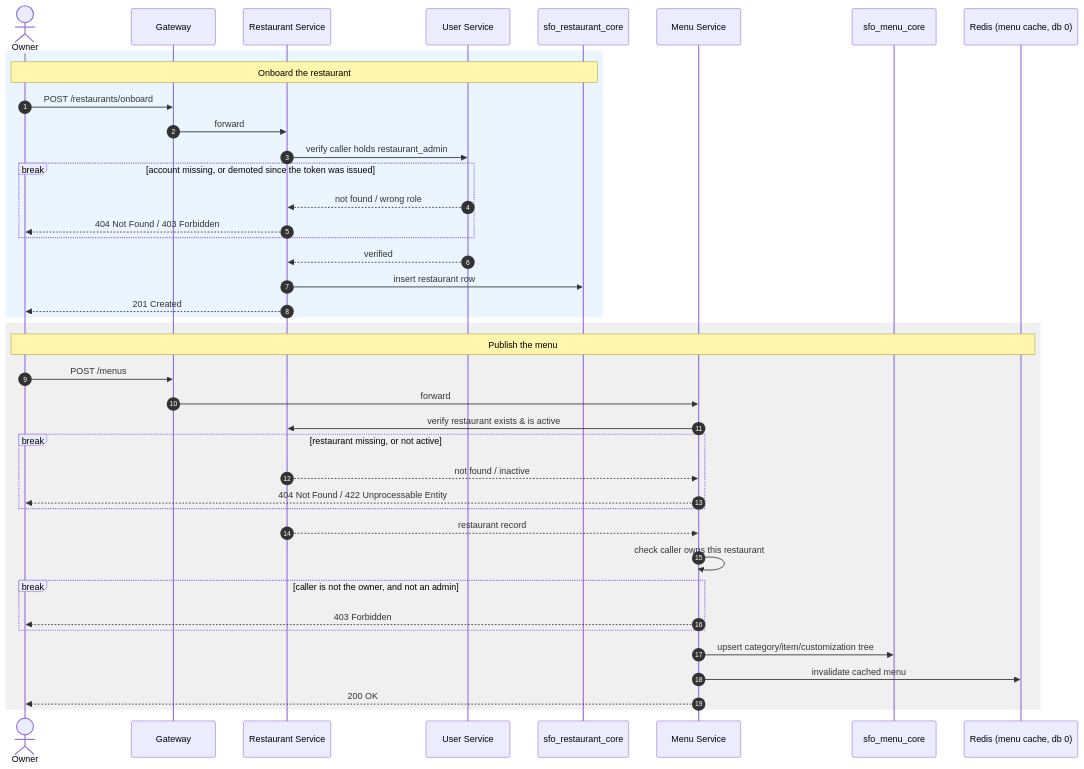
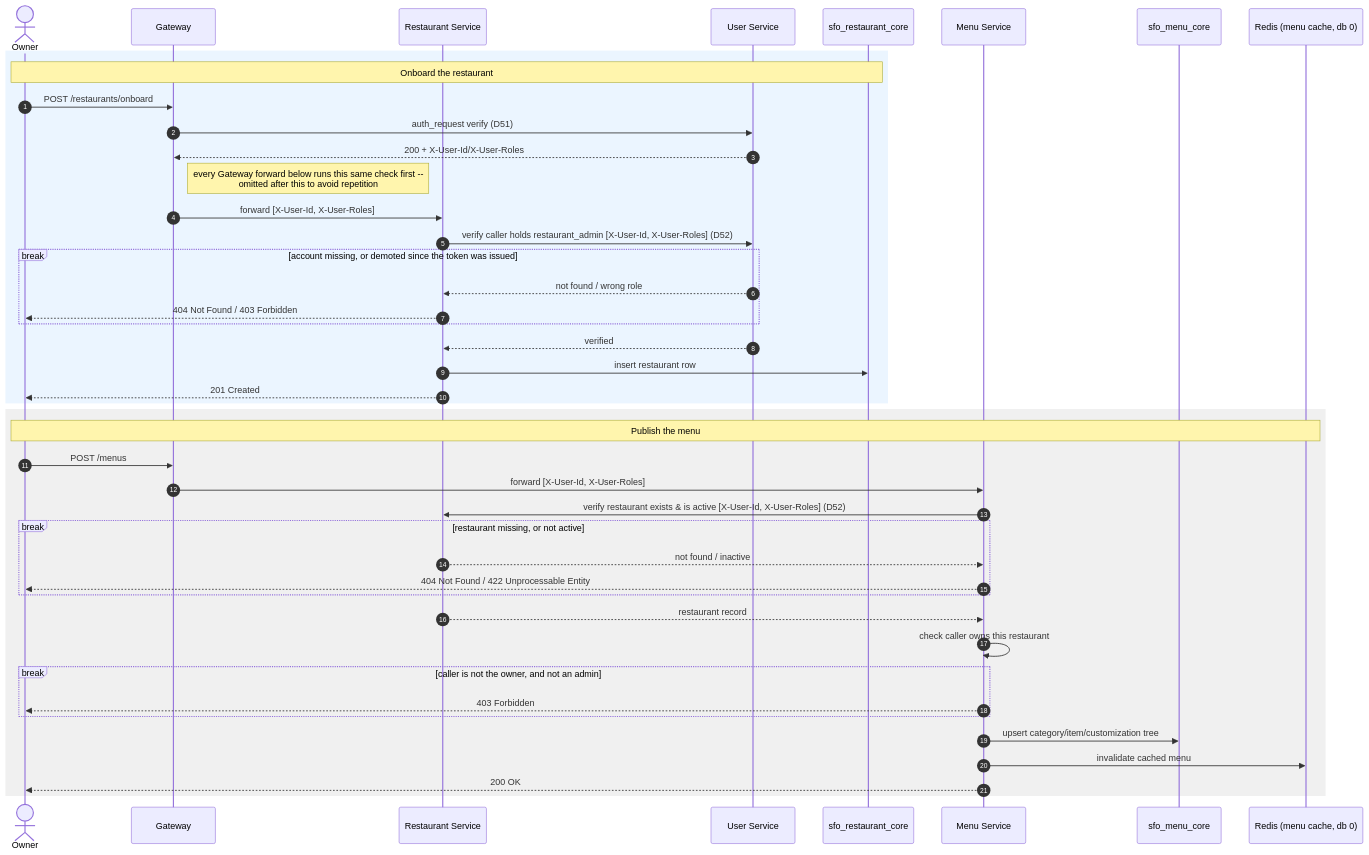
The diagram in readme/diagrams/restaurant_onboarding_sequence_diagram.md (saqib-emumba/smartfoodops-backend), drawn with Mermaid before and after one commit. The commit also changed other lines of this file and 27 other files, not shown here.

Commit message:
feat: auth on api-gateway level, no jwt auth on service, rbac per service level, update diagrams

````diff
--- a/readme/diagrams/restaurant_onboarding_sequence_diagram.md
+++ b/readme/diagrams/restaurant_onboarding_sequence_diagram.md
@@ -8,45 +13,48 @@
 ```mermaid
 sequenceDiagram
     autonumber
     actor Owner
     participant Gateway
     participant RestaurantSvc as Restaurant Service
     participant UserSvc as User Service
     participant RestaurantDB as sfo_restaurant_core
     participant MenuSvc as Menu Service
     participant MenuDB as sfo_menu_core
     participant Redis as Redis (menu cache, db 0)
 
     rect rgb(235, 245, 255)
         Note over Owner, RestaurantDB: Onboard the restaurant
         Owner->>Gateway: POST /restaurants/onboard
-        Gateway->>RestaurantSvc: forward
-        RestaurantSvc->>UserSvc: verify caller holds restaurant_admin
+        Gateway->>UserSvc: auth_request verify (D51)
+        UserSvc-->>Gateway: 200 + X-User-Id/X-User-Roles
+        Note right of Gateway: every Gateway forward below runs this same check first --<br/>omitted after this to avoid repetition
+        Gateway->>RestaurantSvc: forward [X-User-Id, X-User-Roles]
+        RestaurantSvc->>UserSvc: verify caller holds restaurant_admin [X-User-Id, X-User-Roles] (D52)
         break account missing, or demoted since the token was issued
             UserSvc-->>RestaurantSvc: not found / wrong role
             RestaurantSvc-->>Owner: 404 Not Found / 403 Forbidden
         end
         UserSvc-->>RestaurantSvc: verified
         RestaurantSvc->>RestaurantDB: insert restaurant row
         RestaurantSvc-->>Owner: 201 Created
     end
 
     rect rgb(240, 240, 240)
         Note over Owner, Redis: Publish the menu
         Owner->>Gateway: POST /menus
-        Gateway->>MenuSvc: forward
-        MenuSvc->>RestaurantSvc: verify restaurant exists & is active
+        Gateway->>MenuSvc: forward [X-User-Id, X-User-Roles]
+        MenuSvc->>RestaurantSvc: verify restaurant exists & is active [X-User-Id, X-User-Roles] (D52)
         break restaurant missing, or not active
             RestaurantSvc-->>MenuSvc: not found / inactive
             MenuSvc-->>Owner: 404 Not Found / 422 Unprocessable Entity
         end
         RestaurantSvc-->>MenuSvc: restaurant record
         MenuSvc->>MenuSvc: check caller owns this restaurant
         break caller is not the owner, and not an admin
             MenuSvc-->>Owner: 403 Forbidden
         end
         MenuSvc->>MenuDB: upsert category/item/customization tree
         MenuSvc->>Redis: invalidate cached menu
         MenuSvc-->>Owner: 200 OK
     end
 ```
````
